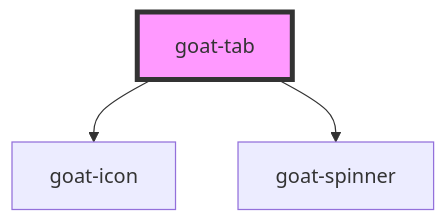
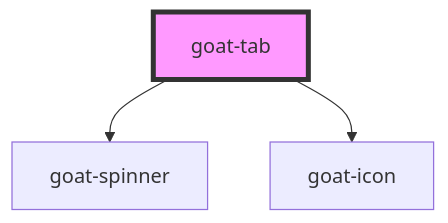
The diagram in src/components/navigation/tabs/tab/readme.md (goatui/components), drawn with Mermaid before and after one commit. The commit also changed other lines of this file and 2 other files, not shown here.

````diff
--- a/src/components/navigation/tabs/tab/readme.md
+++ b/src/components/navigation/tabs/tab/readme.md
@@ -61,6 +62,6 @@
 ```mermaid
 graph TD;
+  goat-tab --> goat-spinner
   goat-tab --> goat-icon
-  goat-tab --> goat-spinner
   style goat-tab fill:#f9f,stroke:#333,stroke-width:4px
 ```
````
